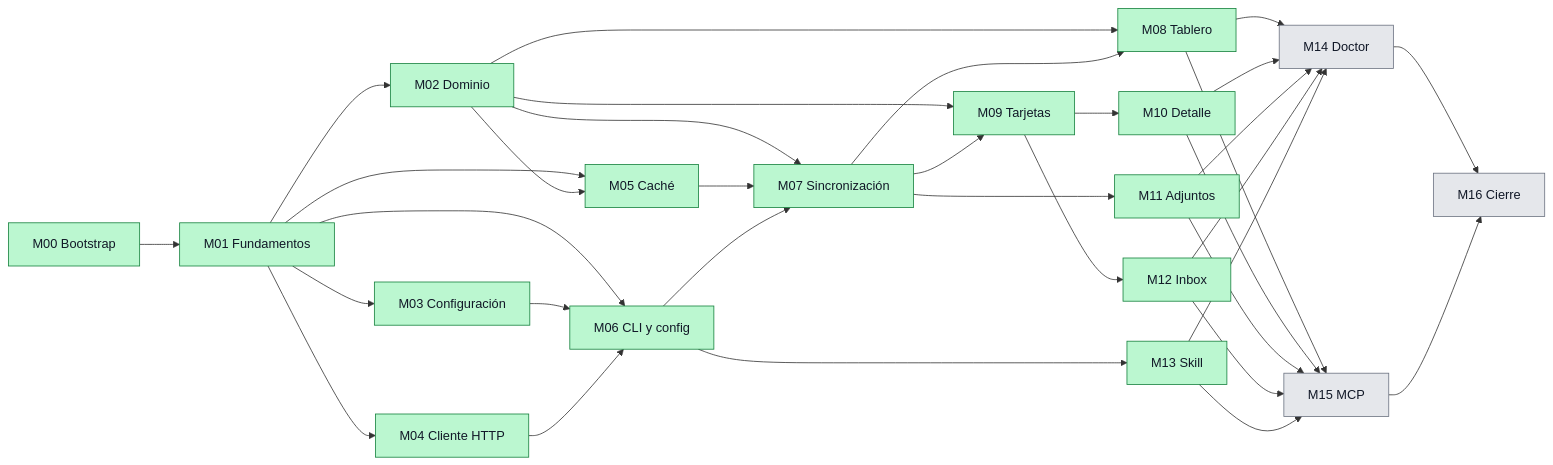
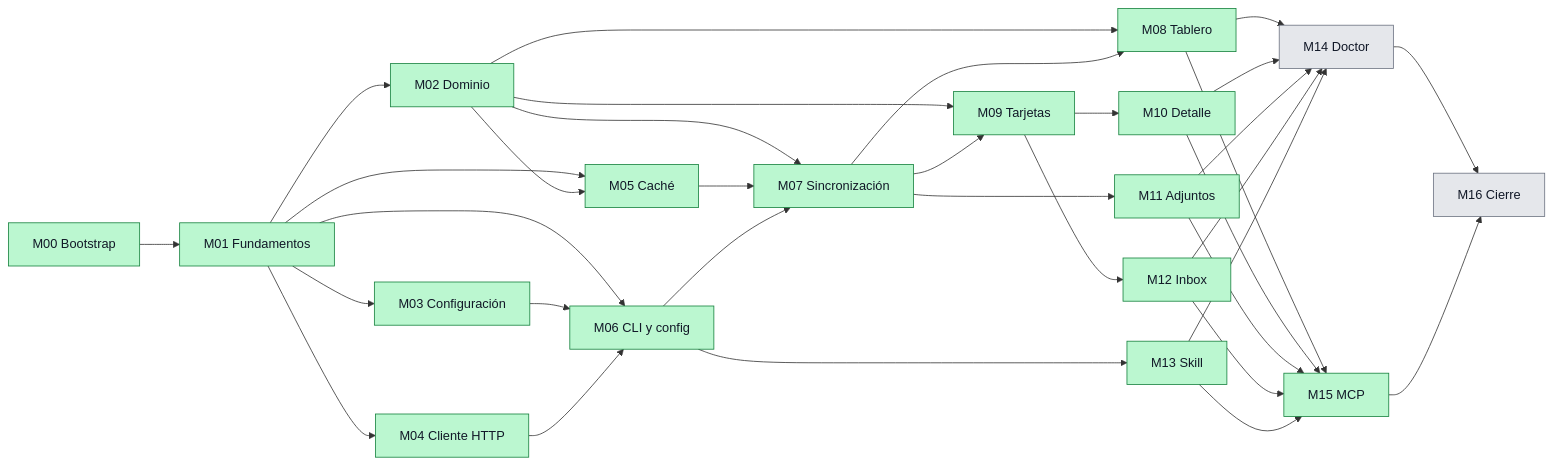
The diagram in docs/plan/00-plan-maestro.md (dayler/trelloctl), drawn with Mermaid before and after one commit. The commit also changed other lines of this file and 1 other file, not shown here.

Commit message:
docs(plan): mark M15 done

````diff
--- a/docs/plan/00-plan-maestro.md
+++ b/docs/plan/00-plan-maestro.md
@@ -84,42 +84,42 @@
 ```mermaid
 flowchart LR
     M00[M00 Bootstrap] --> M01[M01 Fundamentos]
     M01 --> M02[M02 Dominio]
     M01 --> M03[M03 Configuración]
     M01 --> M04[M04 Cliente HTTP]
     M01 --> M05[M05 Caché]
     M02 --> M05
     M01 --> M06[M06 CLI y config]
     M03 --> M06
     M04 --> M06
     M02 --> M07[M07 Sincronización]
     M05 --> M07
     M06 --> M07
     M06 --> M13[M13 Skill]
     M02 --> M08[M08 Tablero]
     M07 --> M08
     M02 --> M09[M09 Tarjetas]
     M07 --> M09
     M07 --> M11[M11 Adjuntos]
     M09 --> M10[M10 Detalle]
     M09 --> M12[M12 Inbox]
     M08 --> M14[M14 Doctor]
     M10 --> M14
     M11 --> M14
     M12 --> M14
     M13 --> M14
     M08 --> M15[M15 MCP]
     M10 --> M15
     M11 --> M15
     M12 --> M15
     M13 --> M15
     M14 --> M16[M16 Cierre]
     M15 --> M16
 
     classDef pending fill:#e5e7eb,stroke:#6b7280,color:#111827
     classDef in_progress fill:#fde68a,stroke:#b45309,color:#111827
     classDef in_review fill:#bfdbfe,stroke:#1d4ed8,color:#111827
     classDef done fill:#bbf7d0,stroke:#15803d,color:#111827
-    class M14,M15,M16 pending
-    class M00,M01,M02,M03,M04,M05,M06,M07,M08,M09,M10,M11,M12,M13 done
+    class M14,M16 pending
+    class M00,M01,M02,M03,M04,M05,M06,M07,M08,M09,M10,M11,M12,M13,M15 done
 ```
````
